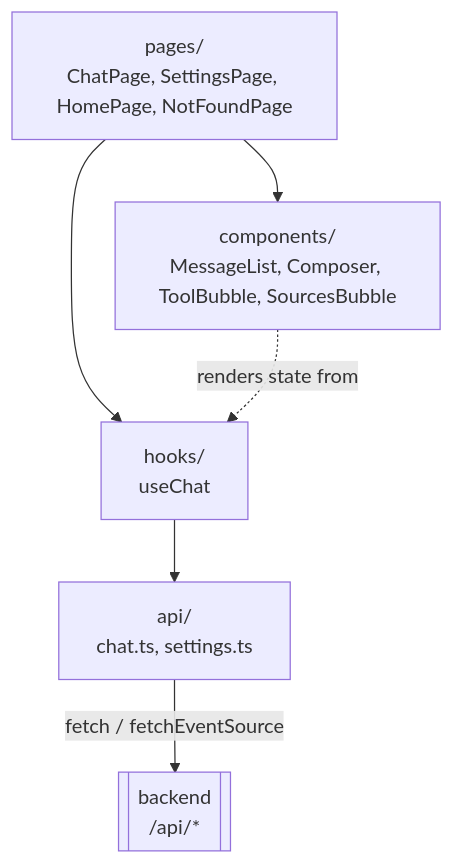
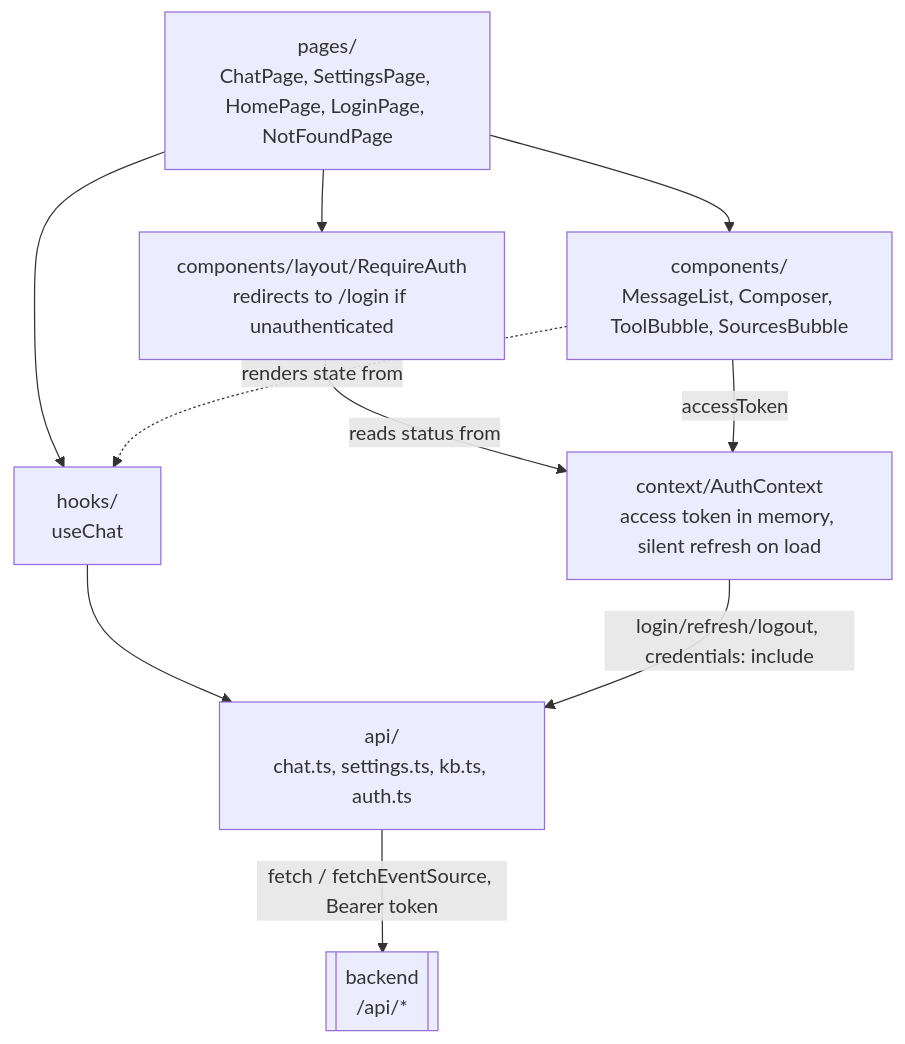
The fourth of 5 diagrams in docs/architecture.md (hadifar/rag), drawn with Mermaid before and after one commit. The commit also changed other lines of this file and 12 other files, not shown here.

````diff
--- a/docs/architecture.md
+++ b/docs/architecture.md
@@ -97,14 +106,20 @@
 ```mermaid
 graph TD
-    pages["pages/<br/>ChatPage, SettingsPage, HomePage, NotFoundPage"]
+    pages["pages/<br/>ChatPage, SettingsPage, HomePage, LoginPage, NotFoundPage"]
+    guard["components/layout/RequireAuth<br/>redirects to /login if unauthenticated"]
+    authctx["context/AuthContext<br/>access token in memory, silent refresh on load"]
     hooks["hooks/<br/>useChat"]
-    apiclient["api/<br/>chat.ts, settings.ts"]
+    apiclient["api/<br/>chat.ts, settings.ts, kb.ts, auth.ts"]
     components["components/<br/>MessageList, Composer, ToolBubble, SourcesBubble"]
     backend[["backend<br/>/api/*"]]
 
+    guard -->|reads status from| authctx
+    pages --> guard
     pages --> hooks
     pages --> components
     hooks --> apiclient
+    components -->|accessToken| authctx
     components -.->|renders state from| hooks
-    apiclient -->|fetch / fetchEventSource| backend
+    apiclient -->|fetch / fetchEventSource, Bearer token| backend
+    authctx -->|login/refresh/logout, credentials: include| apiclient
 ```
````
